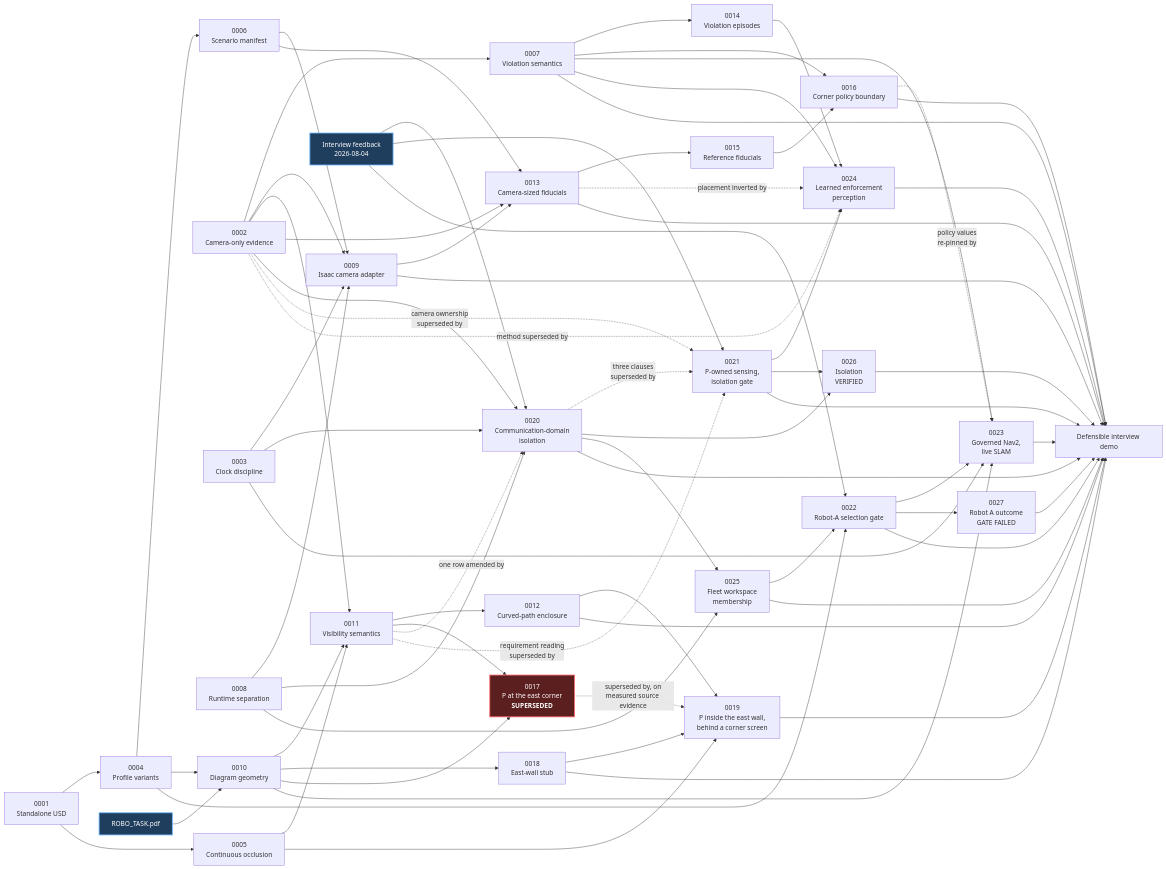
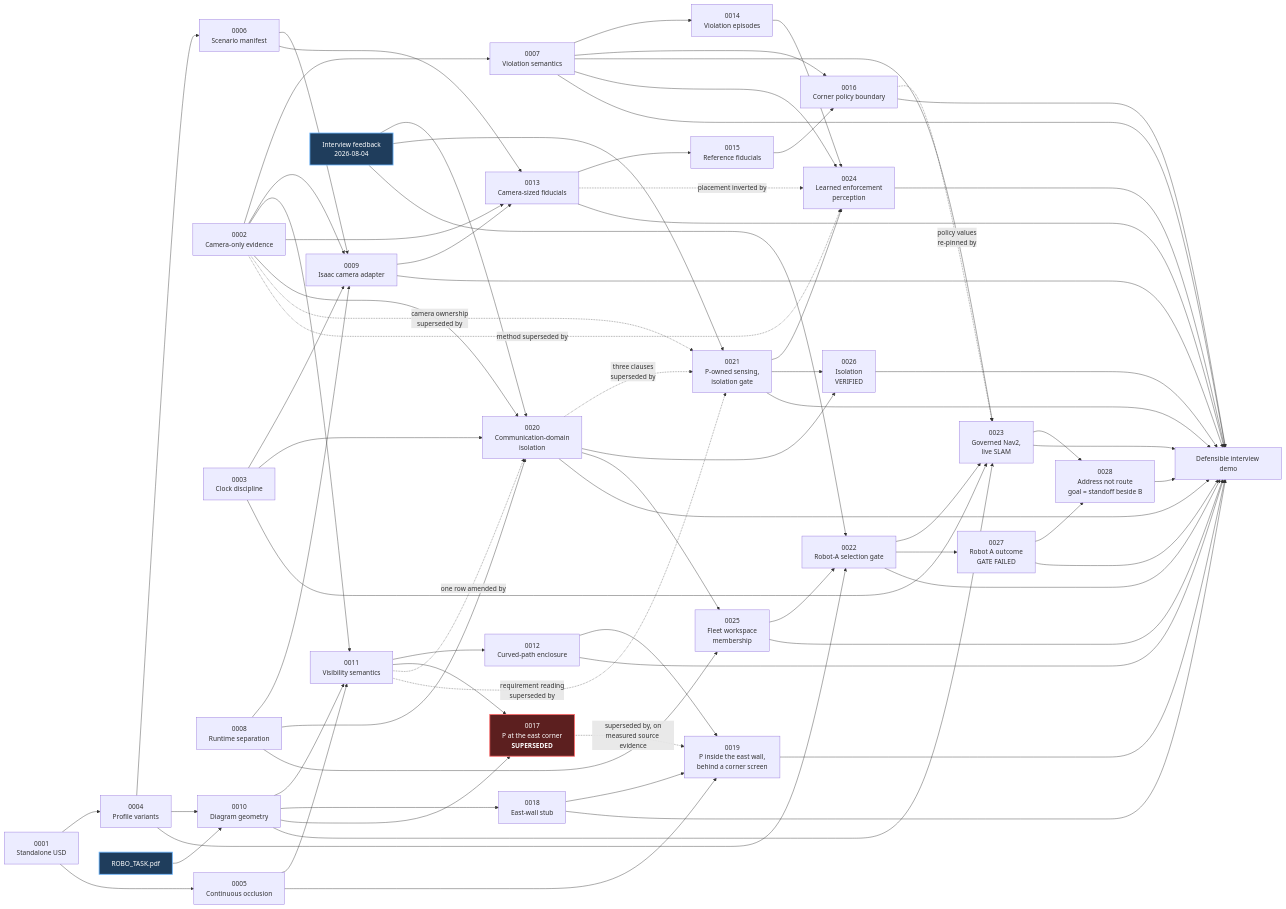
The diagram in docs/adr/README.md (alexandergmzx/corridor-twin), drawn with Mermaid before and after one commit. The commit also changed other lines of this file and 1 other file, not shown here.

First line of the commit message:
docs(adr): 0028 — A is told B's address, never the route

```diff
--- a/docs/adr/README.md
+++ b/docs/adr/README.md
@@ -117,6 +116,8 @@
 
     A8 --> A25["0025<br/>Fleet workspace<br/>membership"]
     A22 --> A27["0027<br/>Robot A outcome<br/>GATE FAILED"]
+    A23 --> A28["0028<br/>Address not route<br/>goal = standoff beside B"]
+    A27 --> A28
     A20 --> A26["0026<br/>Isolation<br/>VERIFIED"]
     A21 --> A26
     A20 --> A25
@@ -137,6 +138,7 @@
     A25 --> Demo
     A26 --> Demo
     A27 --> Demo
+    A28 --> Demo
 
     classDef source fill:#1f3d5c,color:#ffffff,stroke:#6bb6ff,stroke-width:2px;
     classDef superseded fill:#5c1f1f,color:#ffffff,stroke:#ff6b6b,stroke-width:2px;
```
